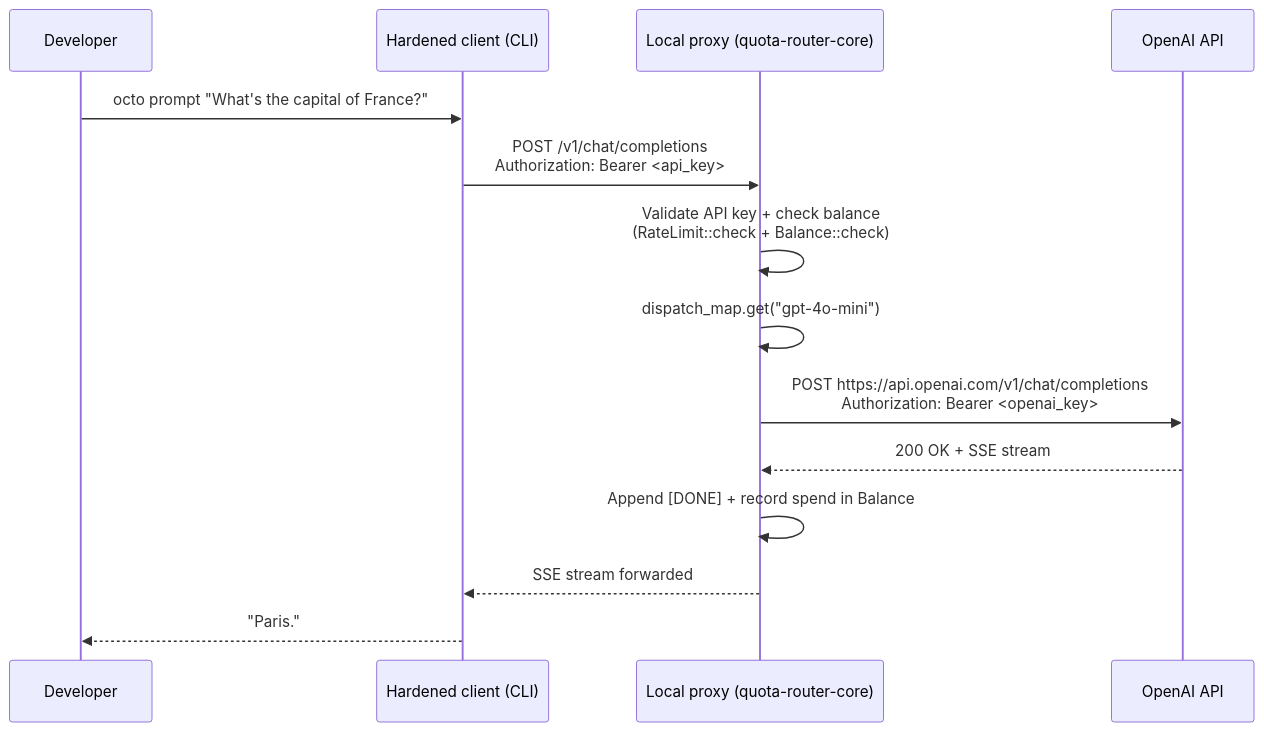
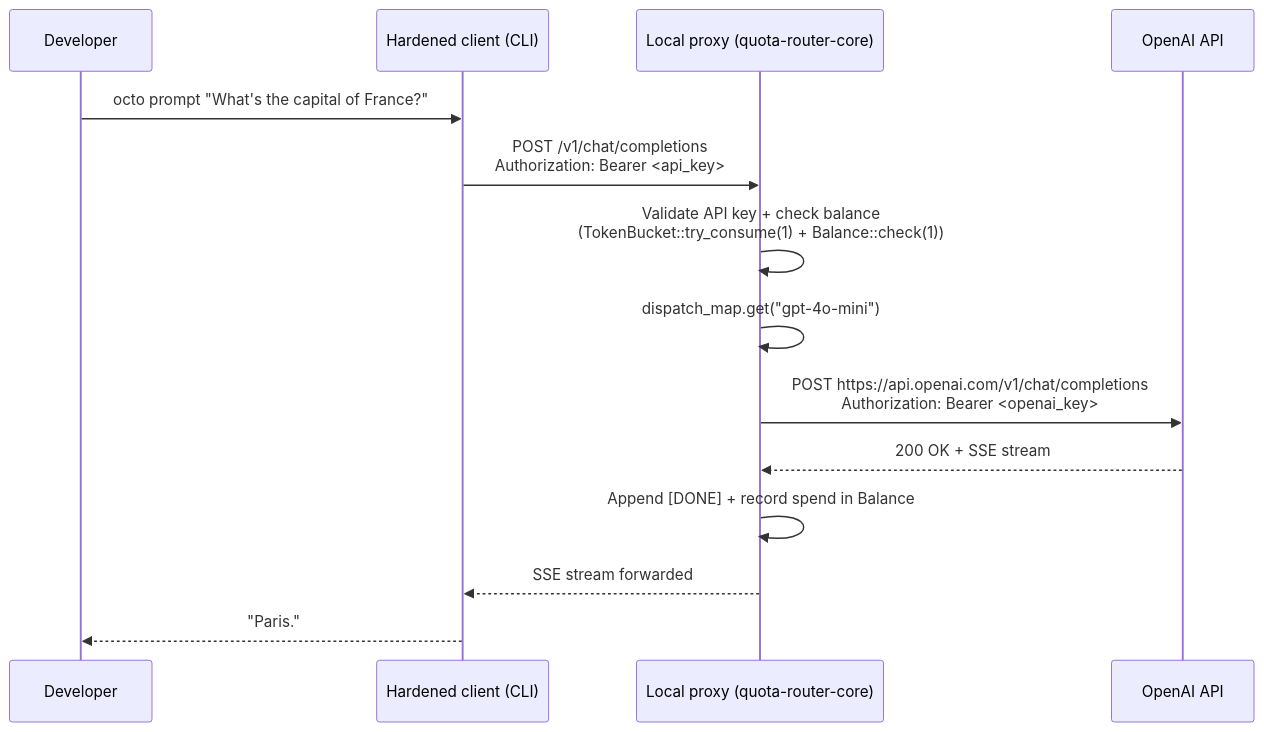
The first of 14 diagrams in docs/architecture/end-to-end-scenarios.md (CipherOcto/cipherocto), drawn with Mermaid before and after one commit. The commit also changed other lines of this file, not shown here.

````diff
--- a/docs/architecture/end-to-end-scenarios.md
+++ b/docs/architecture/end-to-end-scenarios.md
@@ -60,17 +73,17 @@
 ```mermaid
 sequenceDiagram
     participant U as Developer
     participant C as Hardened client (CLI)
     participant P as Local proxy (quota-router-core)
     participant OAI as OpenAI API
 
     U->>C: octo prompt "What's the capital of France?"
     C->>P: POST /v1/chat/completions<br/>Authorization: Bearer <api_key>
-    P->>P: Validate API key + check balance<br/>(RateLimit::check + Balance::check)
+    P->>P: Validate API key + check balance<br/>(TokenBucket::try_consume(1) + Balance::check(1))
     P->>P: dispatch_map.get("gpt-4o-mini")
     P->>OAI: POST https://api.openai.com/v1/chat/completions<br/>Authorization: Bearer <openai_key>
     OAI-->>P: 200 OK + SSE stream
     P->>P: Append [DONE] + record spend in Balance
     P-->>C: SSE stream forwarded
     C-->>U: "Paris."
 ```
````
